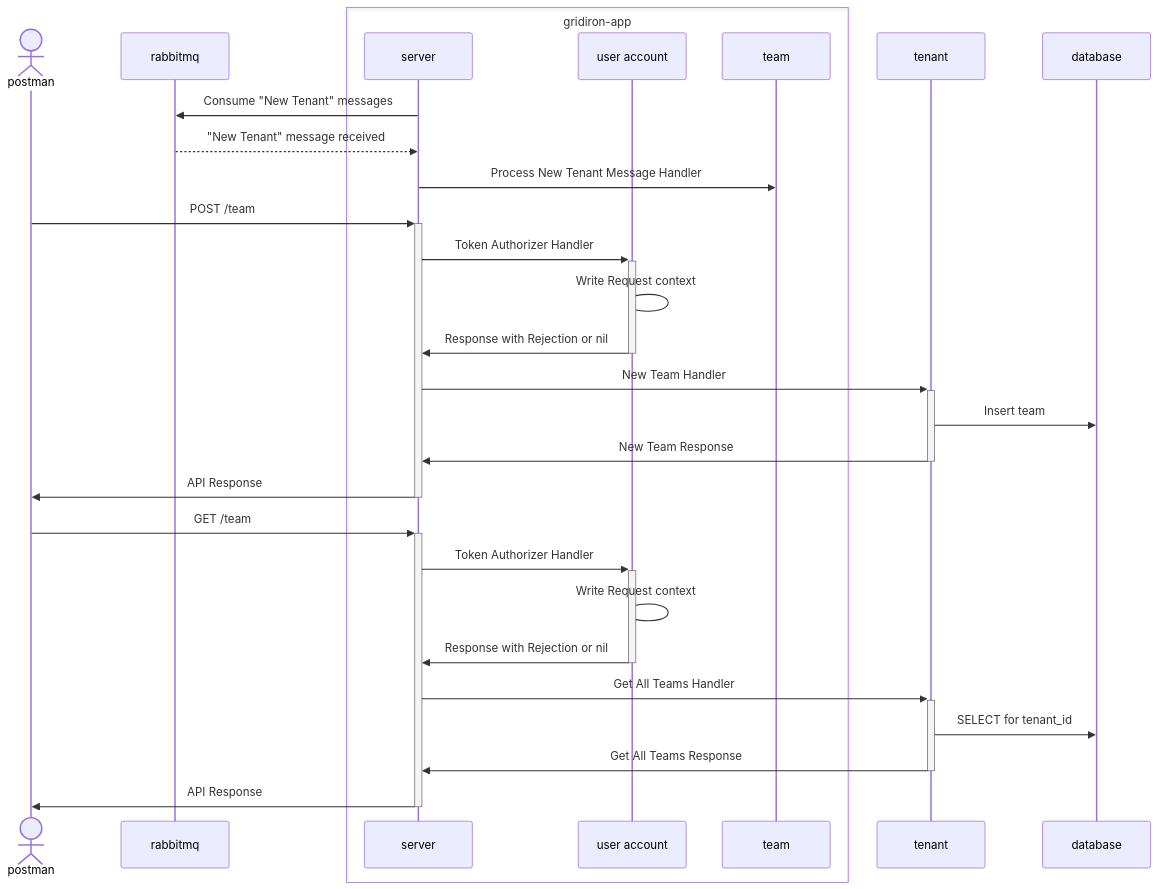
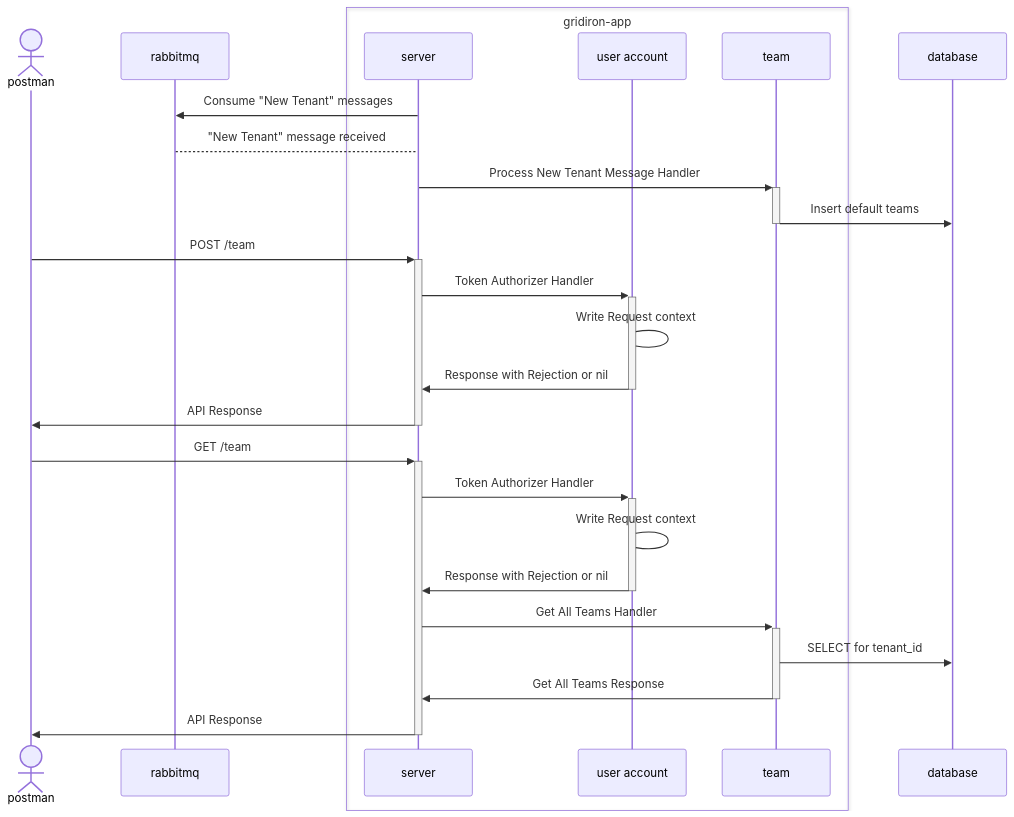
One commit to ccthomas/gridiron changed the third of 5 diagrams in docs/TECHNICAL_DESIGN.md. Above: the diagram before and after it, drawn with Mermaid. The commit also changed other lines of this file and 11 other files, not shown here.

Commit message:
Team Service - New Tenant Message (#17)

````diff
--- a/docs/TECHNICAL_DESIGN.md
+++ b/docs/TECHNICAL_DESIGN.md
@@ -207,33 +221,32 @@
 ```mermaid
 sequenceDiagram
     actor postman
     participant rabbitmq
     box gridiron-app
     participant server
     participant user account
     participant team
     end
 
     server->>rabbitmq: Consume "New Tenant" messages
 
-    rabbitmq-->>server: "New Tenant" message received
-    server->>team: Process New Tenant Message Handler
+    rabbitmq-->server: "New Tenant" message received
+    server->>+team: Process New Tenant Message Handler
+    team->>-database: Insert default teams
+
   
     postman->>+server: POST /team
     server->>+user account: Token Authorizer Handler
     user account->user account: Write Request context
     user account->>-server: Response with Rejection or nil
-    server->>+tenant: New Team Handler
-    tenant->>database: Insert team
-    tenant->>-server: New Team Response
     server->>-postman: API Response
 
     postman->>+server: GET /team
     server->>+user account: Token Authorizer Handler
     user account->user account: Write Request context
     user account->>-server: Response with Rejection or nil
-    server->>+tenant: Get All Teams Handler
-    tenant->>database: SELECT for tenant_id
-    tenant->>-server: Get All Teams Response
+    server->>+team: Get All Teams Handler
+    team->>database: SELECT for tenant_id
+    team->>-server: Get All Teams Response
     server->>-postman: API Response
 ```
````
